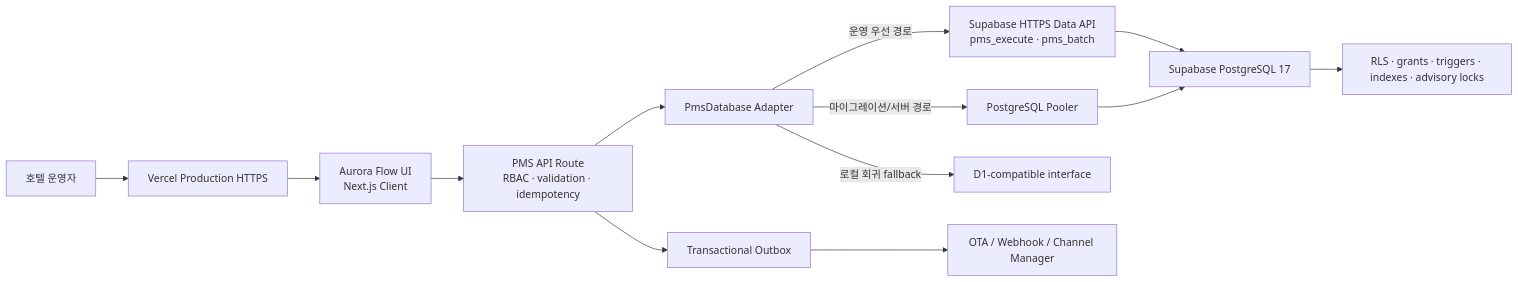
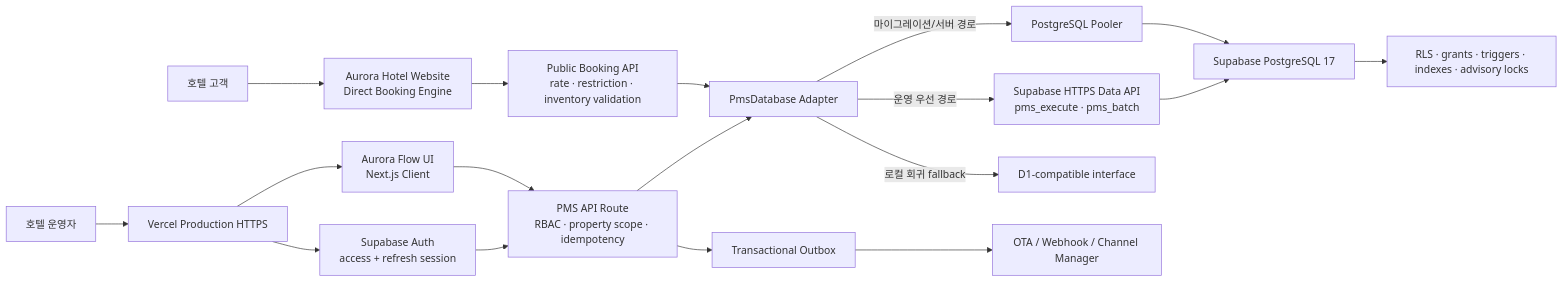
The first of 6 diagrams in README.md (sksmsrkk-glitch/Aurora_PMS), drawn with Mermaid before and after one commit. The commit also changed other lines of this file and 29 other files, not shown here.

Commit message:
Complete Aurora PMS security and booking release

````diff
--- a/README.md
+++ b/README.md
@@ -107,15 +110,20 @@
 ```mermaid
 flowchart LR
   U["호텔 운영자"] --> VERCEL["Vercel Production HTTPS"]
+  G["호텔 고객"] --> WEB["Aurora Hotel Website\nDirect Booking Engine"]
+  VERCEL --> AUTH["Supabase Auth\naccess + refresh session"]
   VERCEL --> UI["Aurora Flow UI\nNext.js Client"]
-  UI --> API["PMS API Route\nRBAC · validation · idempotency"]
+  AUTH --> API["PMS API Route\nRBAC · property scope · idempotency"]
+  UI --> API
+  WEB --> BOOKING["Public Booking API\nrate · restriction · inventory validation"]
   API --> ADAPTER["PmsDatabase Adapter"]
+  BOOKING --> ADAPTER
   ADAPTER -->|"운영 우선 경로"| DATAAPI["Supabase HTTPS Data API\npms_execute · pms_batch"]
   ADAPTER -->|"마이그레이션/서버 경로"| PG["PostgreSQL Pooler"]
   ADAPTER -->|"로컬 회귀 fallback"| D1["D1-compatible interface"]
   DATAAPI --> DB["Supabase PostgreSQL 17"]
   PG --> DB
   DB --> GUARD["RLS · grants · triggers · indexes · advisory locks"]
   API --> OUTBOX["Transactional Outbox"]
   OUTBOX --> OTA["OTA / Webhook / Channel Manager"]
 ```
````
